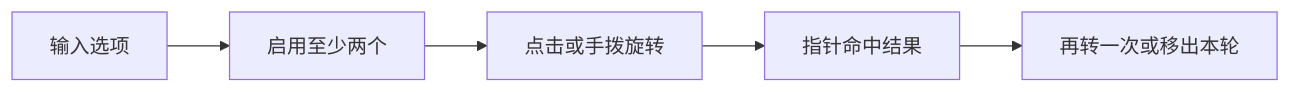
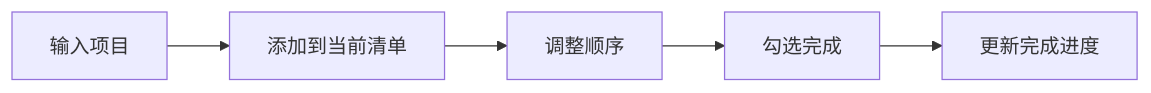
One commit to shihg7/wechat_mini_program changed the fourth of 7 diagrams in docs/USER_GUIDE.md. Above: the diagram before and after it, drawn with Mermaid. The commit also changed other lines of this file and 207 other files, not shown here.

````diff
--- a/docs/USER_GUIDE.md
+++ b/docs/USER_GUIDE.md
@@ -563,12 +251,12 @@
 ```mermaid
 flowchart LR
-    A["输入选项"]
-    B["启用至少两个"]
-    C["点击或手拨旋转"]
-    D["指针命中结果"]
-    E["再转一次或移出本轮"]
+    A["输入项目"]
+    B["添加到当前清单"]
+    C["调整顺序"]
+    D["勾选完成"]
+    E["更新完成进度"]
     A --> B
     B --> C
     C --> D
     D --> E
 ```
````
